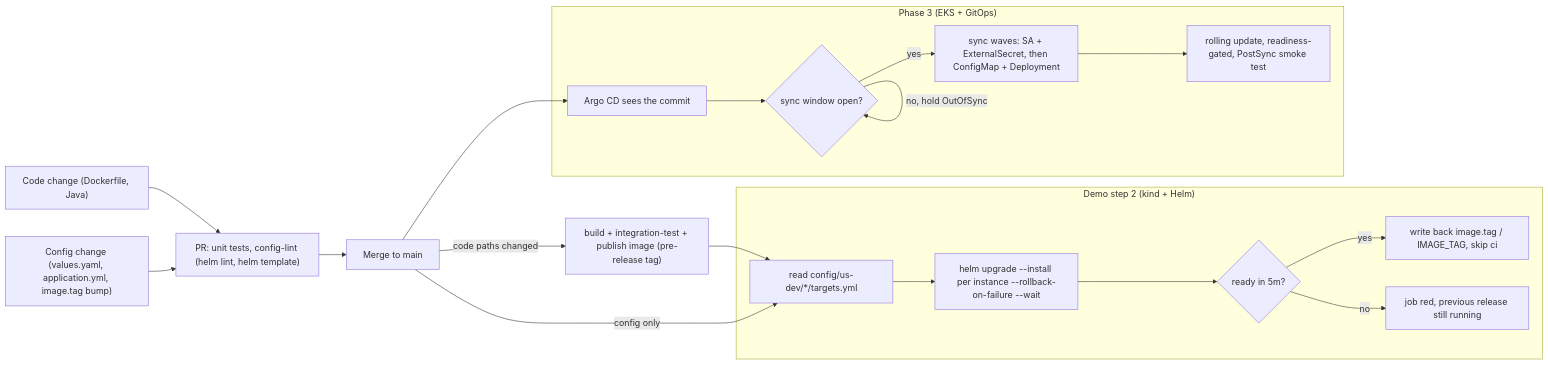
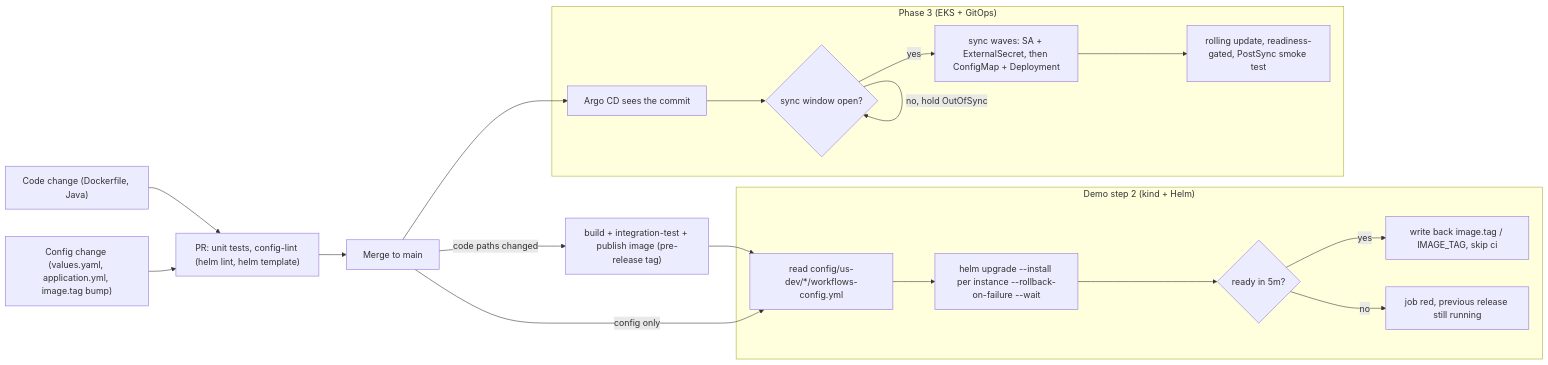
Before and after one commit to crazymatthsu/github-demo: the second of 3 diagrams in docs/11-kubernetes-packaging-and-gitops.md, drawn with Mermaid. The commit also changed other lines of this file and 25 other files, not shown here.

First line of the commit message:
refactor(config): rename the per-flow deploy inventory to workflows-config.yml

````diff
--- a/docs/11-kubernetes-packaging-and-gitops.md
+++ b/docs/11-kubernetes-packaging-and-gitops.md
@@ -335,32 +335,32 @@
 ```mermaid
 flowchart LR
   code["Code change (Dockerfile, Java)"]
   cfg["Config change (values.yaml, application.yml, image.tag bump)"]
   pr["PR: unit tests, config-lint (helm lint, helm template)"]
   merge["Merge to main"]
   build["build + integration-test + publish image (pre-release tag)"]
   subgraph demo["Demo step 2 (kind + Helm)"]
-    tg["read config/us-dev/*/targets.yml"]
+    tg["read config/us-dev/*/workflows-config.yml"]
     up["helm upgrade --install per instance --rollback-on-failure --wait"]
     ok{"ready in 5m?"}
     wb["write back image.tag / IMAGE_TAG, skip ci"]
     red["job red, previous release still running"]
   end
   subgraph p3["Phase 3 (EKS + GitOps)"]
     argo["Argo CD sees the commit"]
     win{"sync window open?"}
     sync["sync waves: SA + ExternalSecret, then ConfigMap + Deployment"]
     roll["rolling update, readiness-gated, PostSync smoke test"]
   end
   code --> pr
   cfg --> pr
   pr --> merge
   merge -->|"code paths changed"| build --> tg
   merge -->|"config only"| tg
   tg --> up --> ok
   ok -->|yes| wb
   ok -->|no| red
   merge --> argo --> win
   win -->|"no, hold OutOfSync"| win
   win -->|yes| sync --> roll
 ```
````
